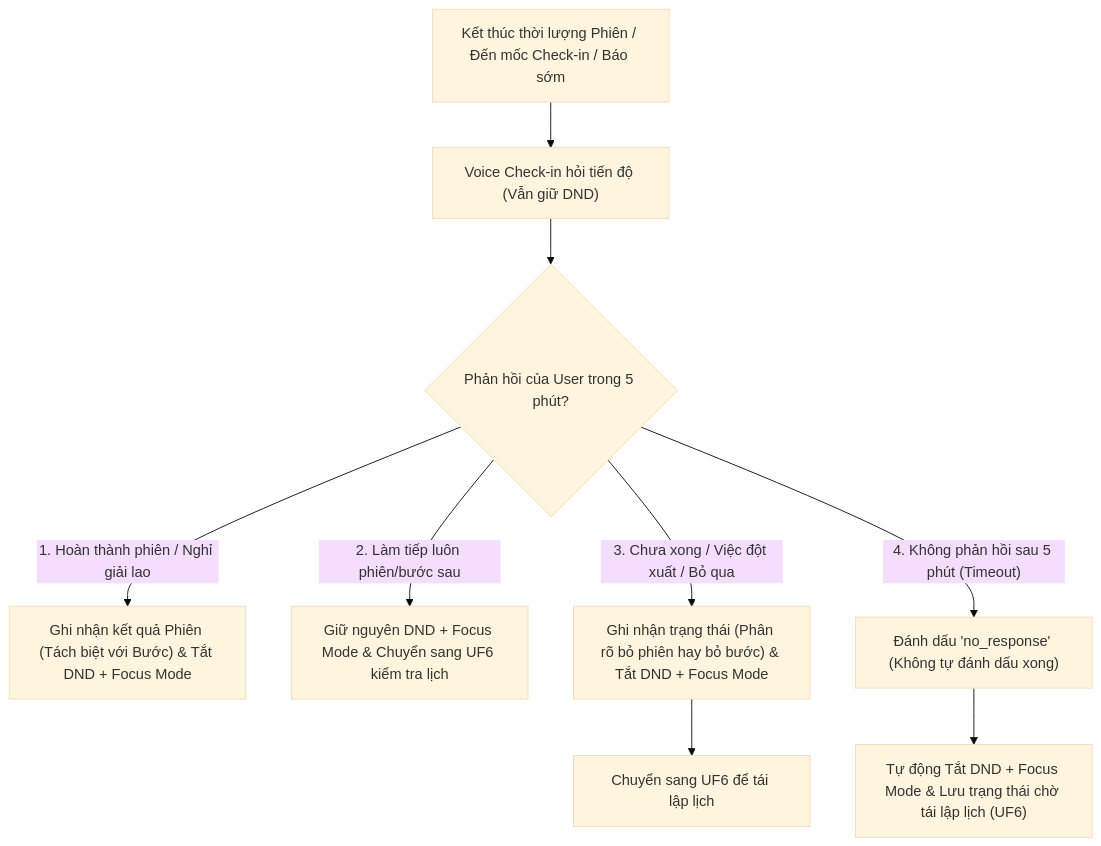
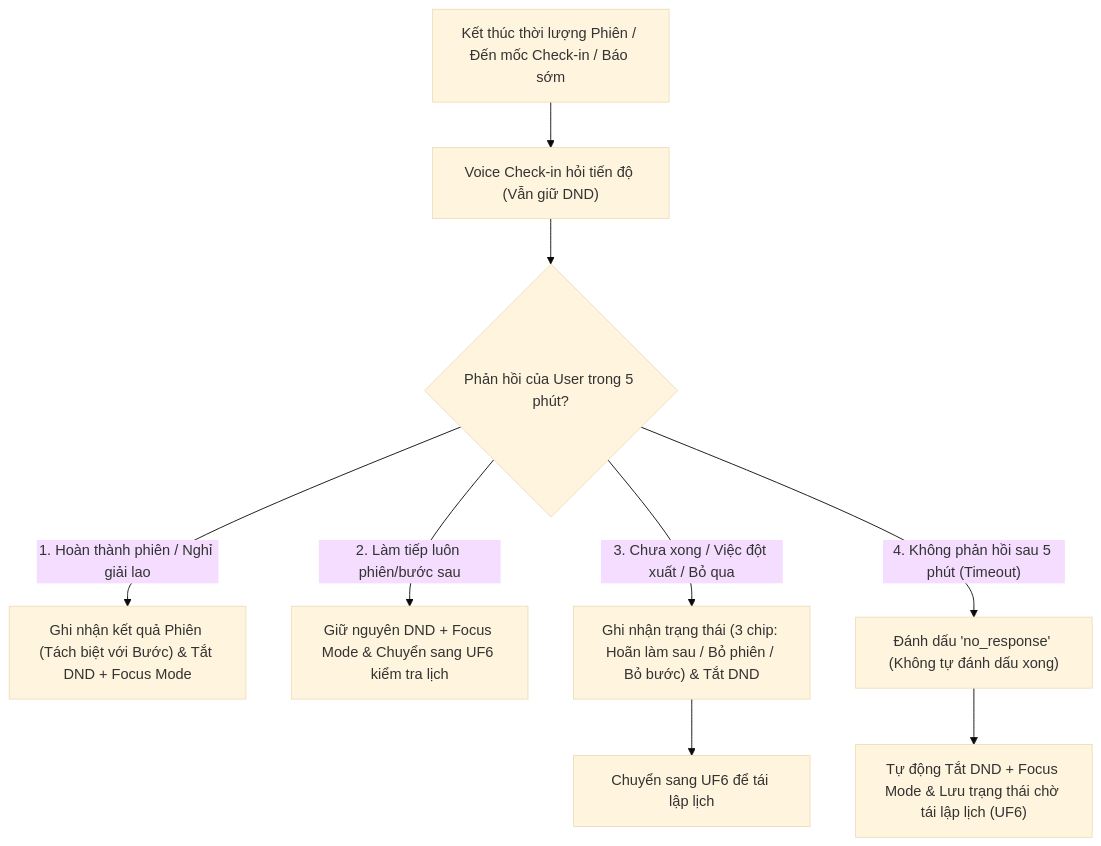
One commit to hmintrun/virtual-assistant-for-ADHD changed the fifth of 6 diagrams in Project.md. Above: the diagram before and after it, drawn with Mermaid (base theme). The commit also changed other lines of this file and 8 other files, not shown here.

Commit message:
docs: sync project specs, agents guidelines, and week 1 planning roadmap

````diff
--- a/Project.md
+++ b/Project.md
@@ -340,11 +370,11 @@
 ```mermaid
 flowchart TD
     A["Kết thúc thời lượng Phiên / Đến mốc Check-in / Báo sớm"] --> B["Voice Check-in hỏi tiến độ (Vẫn giữ DND)"]
     B --> C{"Phản hồi của User trong 5 phút?"}
     C -->|"1. Hoàn thành phiên / Nghỉ giải lao"| D["Ghi nhận kết quả Phiên (Tách biệt với Bước) & Tắt DND + Focus Mode"]
     C -->|"2. Làm tiếp luôn phiên/bước sau"| E["Giữ nguyên DND + Focus Mode & Chuyển sang UF6 kiểm tra lịch"]
-    C -->|"3. Chưa xong / Việc đột xuất / Bỏ qua"| F["Ghi nhận trạng thái (Phân rõ bỏ phiên hay bỏ bước) & Tắt DND + Focus Mode"]
+    C -->|"3. Chưa xong / Việc đột xuất / Bỏ qua"| F["Ghi nhận trạng thái (3 chip: Hoãn làm sau / Bỏ phiên / Bỏ bước) & Tắt DND"]
     F --> G["Chuyển sang UF6 để tái lập lịch"]
     C -->|"4. Không phản hồi sau 5 phút (Timeout)"| H["Đánh dấu 'no_response' (Không tự đánh dấu xong)"]
     H --> I["Tự động Tắt DND + Focus Mode & Lưu trạng thái chờ tái lập lịch (UF6)"]
 ```
````
